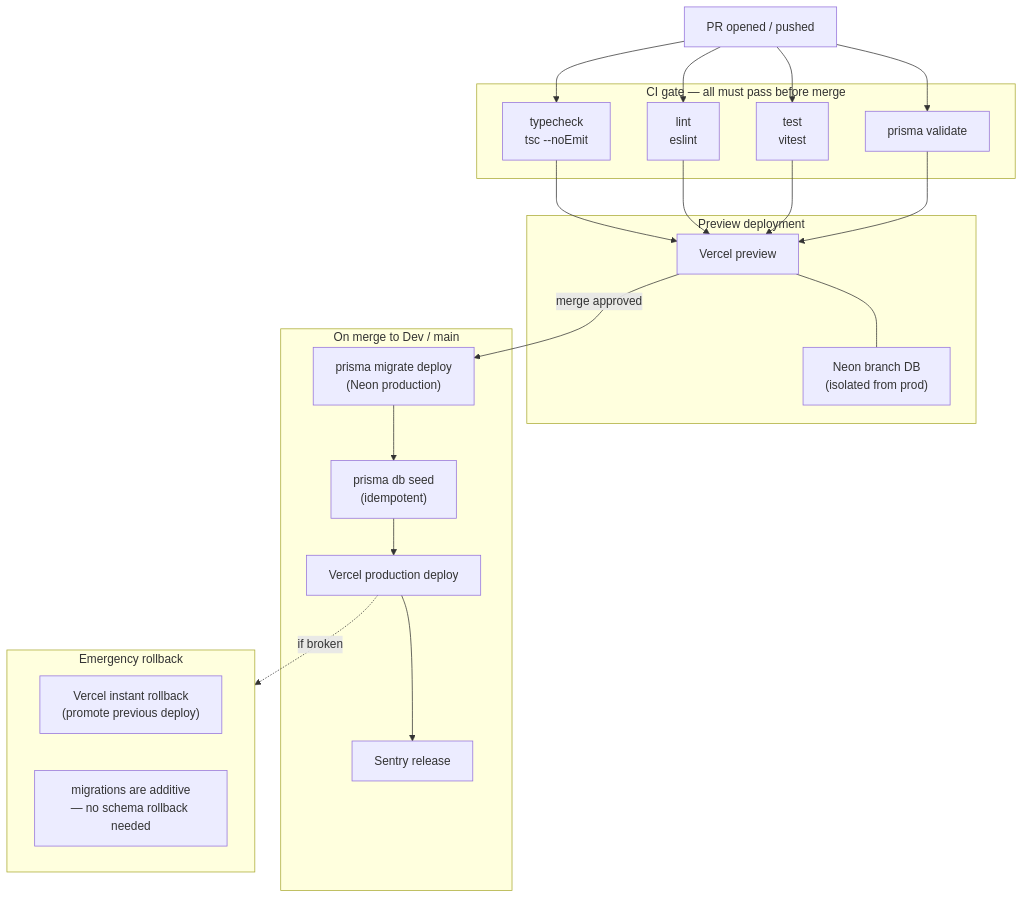
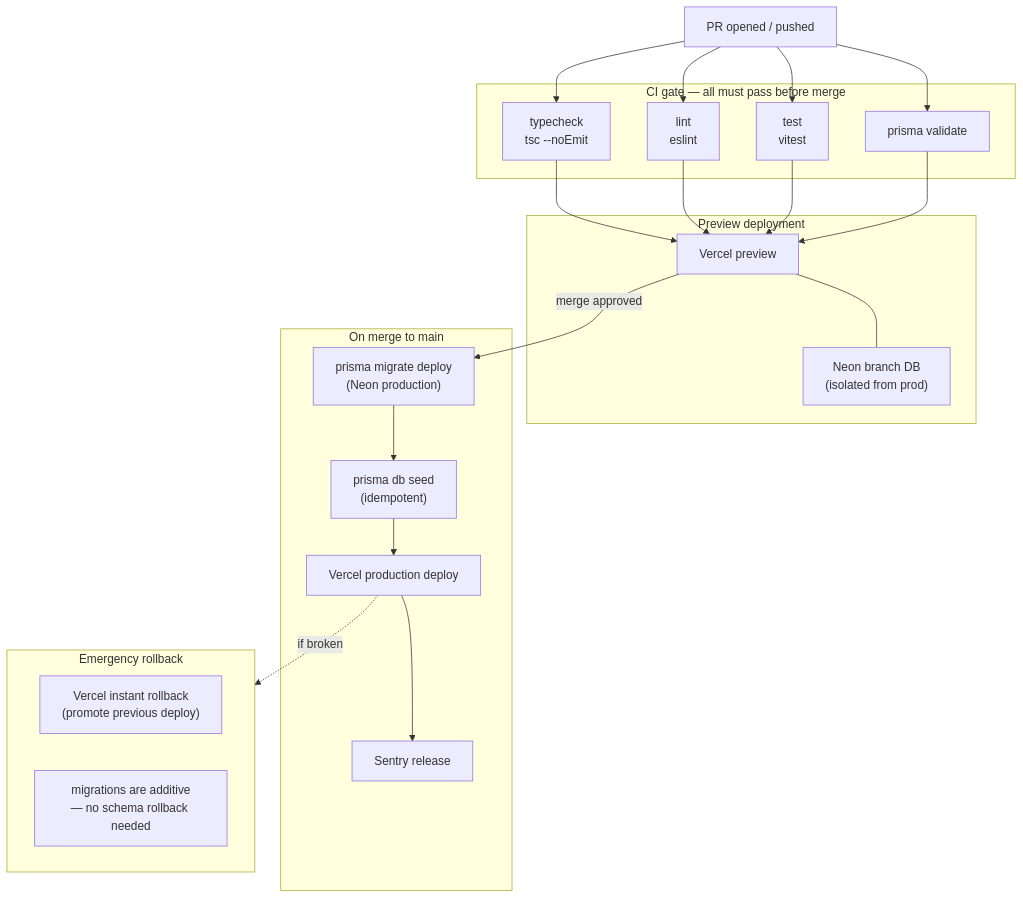
One commit to KSDRILL-SA/Xkimi-Xa-Mali changed the first of 2 diagrams in docs/constitutions/infra.md. Above: the diagram before and after it, drawn with Mermaid. The commit also changed 9 other files, not shown here.

````diff
--- a/docs/constitutions/infra.md
+++ b/docs/constitutions/infra.md
@@ -49,35 +49,35 @@
 ```mermaid
 flowchart TD
     PR["PR opened / pushed"]
 
     subgraph CI["CI gate — all must pass before merge"]
         TC["typecheck<br/>tsc --noEmit"]
         LT["lint<br/>eslint"]
         TS["test<br/>vitest"]
         PV["prisma validate"]
     end
 
     subgraph PREVIEW["Preview deployment"]
         VPD["Vercel preview"]
         NBD["Neon branch DB<br/>(isolated from prod)"]
         VPD --- NBD
     end
 
-    subgraph MERGE["On merge to Dev / main"]
+    subgraph MERGE["On merge to main"]
         PMD["prisma migrate deploy<br/>(Neon production)"]
         PSD["prisma db seed<br/>(idempotent)"]
         VPR["Vercel production deploy"]
         SR["Sentry release"]
     end
 
     subgraph ROLLBACK["Emergency rollback"]
         VR["Vercel instant rollback<br/>(promote previous deploy)"]
         DR["migrations are additive<br/>— no schema rollback needed"]
     end
 
     PR --> TC & LT & TS & PV
     TC & LT & TS & PV --> VPD
     VPD -->|"merge approved"| PMD
     PMD --> PSD --> VPR --> SR
     VPR -.->|"if broken"| ROLLBACK
 ```
````
